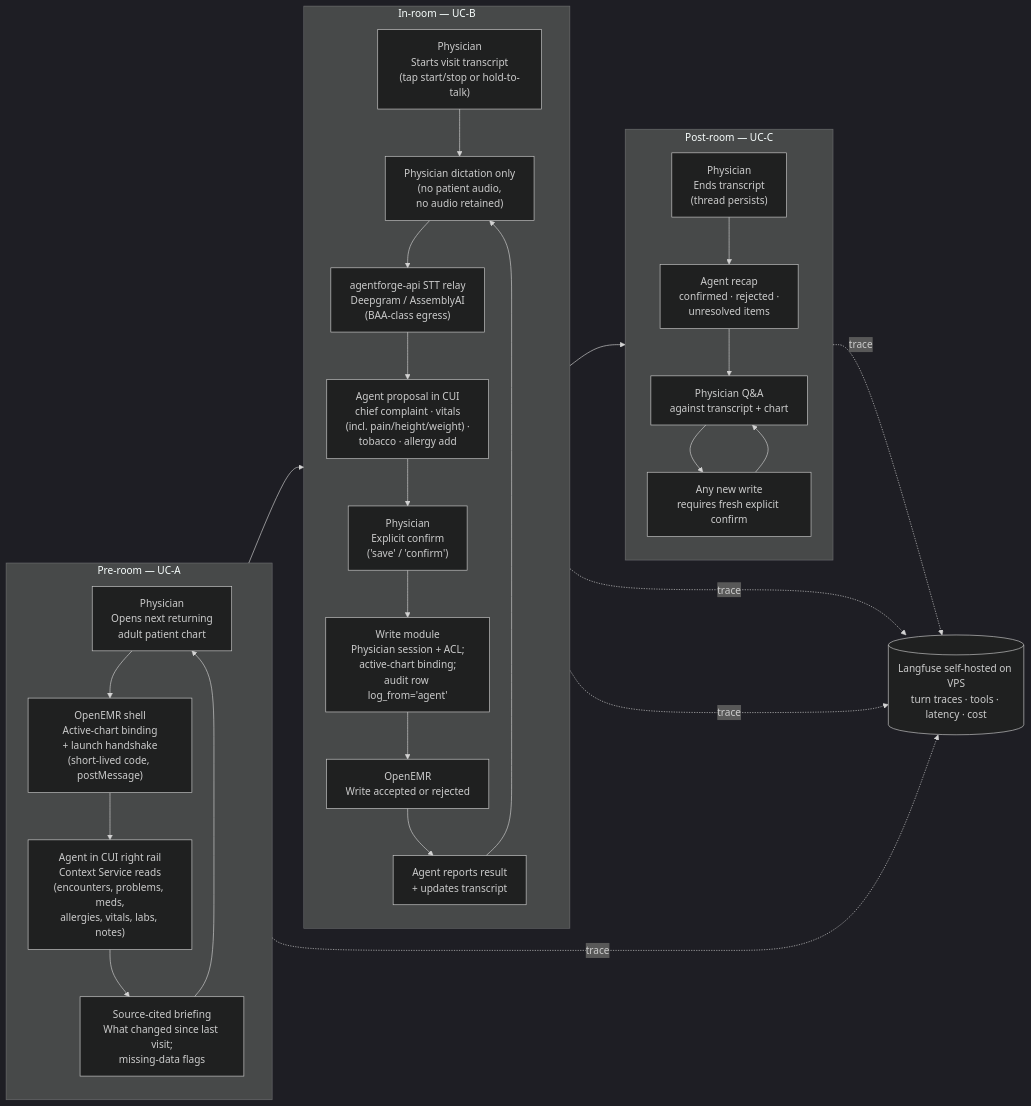
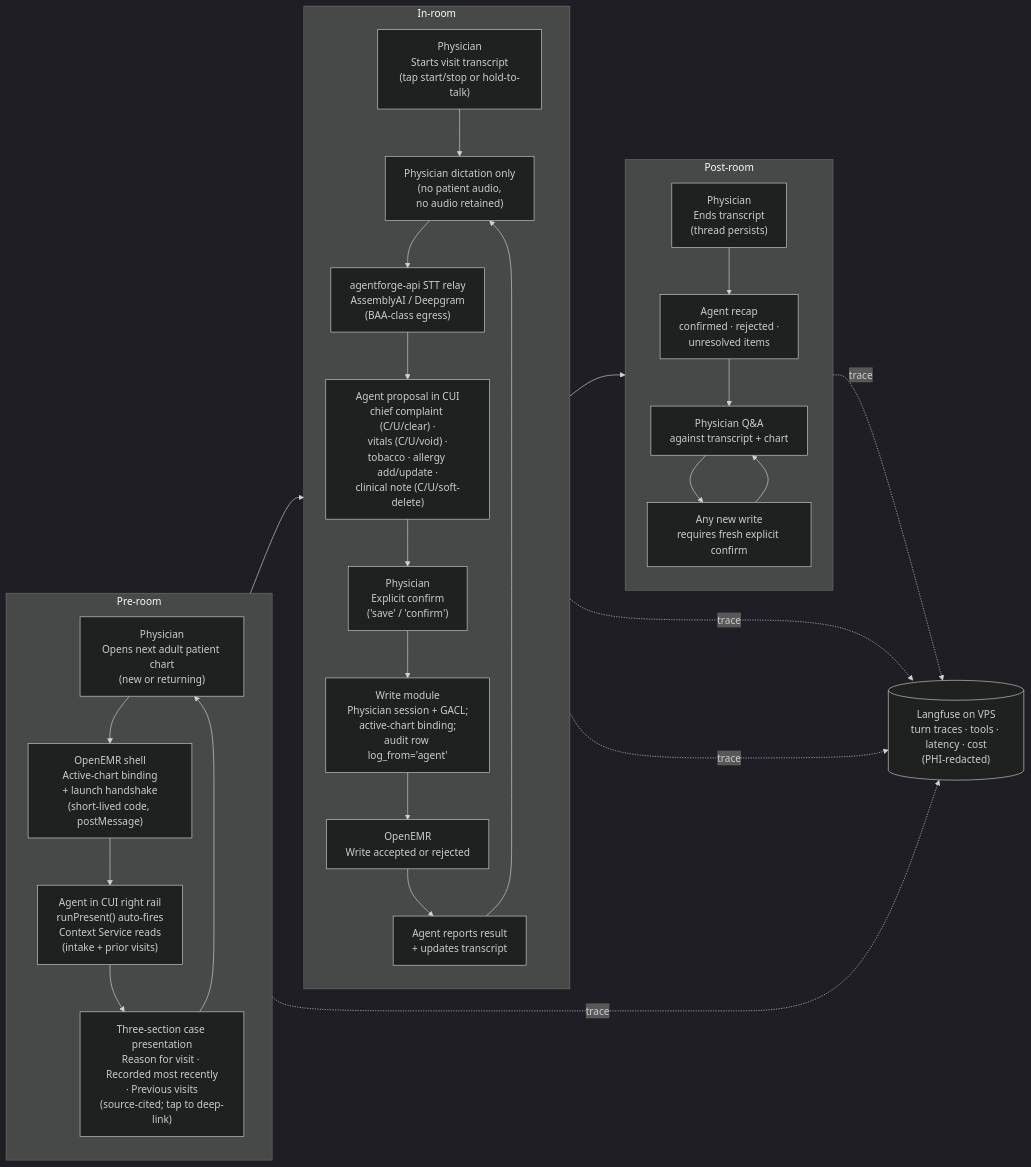
The diagram in USERS.md (jdijols/openEMR), drawn with Mermaid (dark theme) before and after one commit. The commit also changed other lines of this file and 132 other files, not shown here.

````diff
--- a/USERS.md
+++ b/USERS.md
@@ -76,41 +80,41 @@
 ```mermaid
 flowchart LR
-    subgraph Pre["Pre-room — UC-A"]
+    subgraph Pre["Pre-room"]
         direction TB
-        PreP["Physician<br/>Opens next returning<br/>adult patient chart"]
+        PreP["Physician<br/>Opens next adult patient chart<br/>(new or returning)"]
         PreOE["OpenEMR shell<br/>Active-chart binding<br/>+ launch handshake<br/>(short-lived code, postMessage)"]
-        PreA["Agent in CUI right rail<br/>Context Service reads<br/>(encounters, problems, meds,<br/>allergies, vitals, labs, notes)"]
-        PreBrief["Source-cited briefing<br/>What changed since last visit;<br/>missing-data flags"]
+        PreA["Agent in CUI right rail<br/>runPresent() auto-fires<br/>Context Service reads<br/>(intake + prior visits)"]
+        PreBrief["Three-section case presentation<br/>Reason for visit · Recorded most recently<br/>· Previous visits<br/>(source-cited; tap to deep-link)"]
         PreP --> PreOE --> PreA --> PreBrief --> PreP
     end
 
-    subgraph InR["In-room — UC-B"]
+    subgraph InR["In-room"]
         direction TB
         InStart["Physician<br/>Starts visit transcript<br/>(tap start/stop or hold-to-talk)"]
         InDict["Physician dictation only<br/>(no patient audio,<br/>no audio retained)"]
-        InSTT["agentforge-api STT relay<br/>Deepgram / AssemblyAI<br/>(BAA-class egress)"]
-        InProp["Agent proposal in CUI<br/>chief complaint · vitals<br/>(incl. pain/height/weight) ·<br/>tobacco · allergy add"]
+        InSTT["agentforge-api STT relay<br/>AssemblyAI / Deepgram<br/>(BAA-class egress)"]
+        InProp["Agent proposal in CUI<br/>chief complaint (C/U/clear) ·<br/>vitals (C/U/void) ·<br/>tobacco · allergy add/update ·<br/>clinical note (C/U/soft-delete)"]
         InConf["Physician<br/>Explicit confirm<br/>('save' / 'confirm')"]
-        InWrite["Write module<br/>Physician session + ACL;<br/>active-chart binding;<br/>audit row log_from='agent'"]
+        InWrite["Write module<br/>Physician session + GACL;<br/>active-chart binding;<br/>audit row log_from='agent'"]
         InOE["OpenEMR<br/>Write accepted or rejected"]
         InResult["Agent reports result<br/>+ updates transcript"]
         InStart --> InDict --> InSTT --> InProp --> InConf --> InWrite --> InOE --> InResult --> InDict
     end
 
-    subgraph Post["Post-room — UC-C"]
+    subgraph Post["Post-room"]
         direction TB
         PostEnd["Physician<br/>Ends transcript<br/>(thread persists)"]
         PostRecap["Agent recap<br/>confirmed · rejected ·<br/>unresolved items"]
         PostQA["Physician Q&A<br/>against transcript + chart"]
         PostGate["Any new write<br/>requires fresh explicit confirm"]
         PostEnd --> PostRecap --> PostQA --> PostGate --> PostQA
     end
 
     Pre --> InR --> Post
 
-    LF[("Langfuse self-hosted on VPS<br/>turn traces · tools · latency · cost")]
+    LF[("Langfuse on VPS<br/>turn traces · tools · latency · cost<br/>(PHI-redacted)")]
     PreA -.->|"trace"| LF
     InProp -.->|"trace"| LF
     InWrite -.->|"trace"| LF
     PostRecap -.->|"trace"| LF
 ```
````
